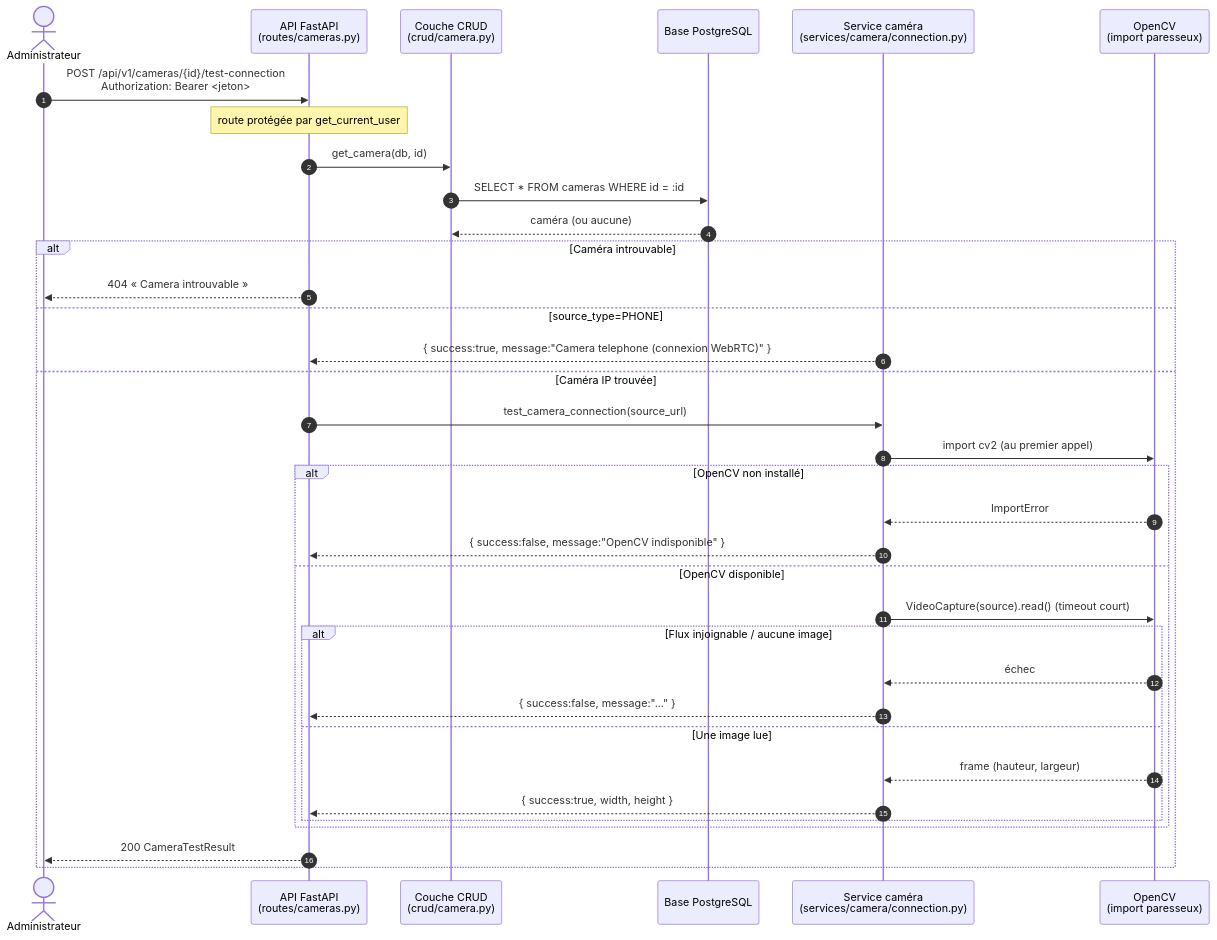
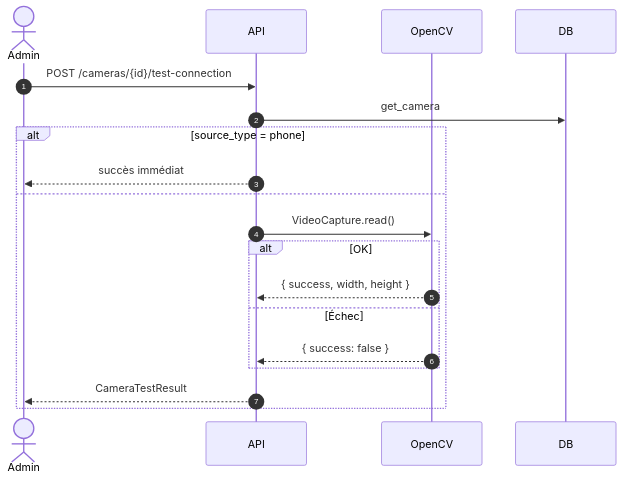
The seventh of 10 diagrams in docs/diagrams/diagrammes_sequence.md (Ammar-El-Maghevry/pi-s4), drawn with Mermaid before and after one commit. The commit also changed other lines of this file and 1 other file, not shown here.

Commit message:
Simplify sequence diagrams + add Arabic description

````diff
--- a/docs/diagrams/diagrammes_sequence.md
+++ b/docs/diagrams/diagrammes_sequence.md
@@ -340,39 +171,22 @@
 ```mermaid
 sequenceDiagram
     autonumber
-    actor Client as Administrateur
-    participant API as API FastAPI<br/>(routes/cameras.py)
-    participant CRUD as Couche CRUD<br/>(crud/camera.py)
-    participant DB as Base PostgreSQL
-    participant Svc as Service caméra<br/>(services/camera/connection.py)
-    participant CV as OpenCV<br/>(import paresseux)
+    actor Admin
+    participant API as API
+    participant Svc as OpenCV
+    participant DB as DB
 
-    Client->>API: POST /api/v1/cameras/{id}/test-connection<br/>Authorization: Bearer <jeton>
-    Note over API: route protégée par get_current_user
-
-    API->>CRUD: get_camera(db, id)
-    CRUD->>DB: SELECT * FROM cameras WHERE id = :id
-    DB-->>CRUD: caméra (ou aucune)
-    alt Caméra introuvable
-        API-->>Client: 404 « Camera introuvable »
-    else source_type=PHONE
-        Svc-->>API: { success:true, message:"Camera telephone (connexion WebRTC)" }
-    else Caméra IP trouvée
-        API->>Svc: test_camera_connection(source_url)
-        Svc->>CV: import cv2 (au premier appel)
-        alt OpenCV non installé
-            CV-->>Svc: ImportError
-            Svc-->>API: { success:false, message:"OpenCV indisponible" }
-        else OpenCV disponible
-            Svc->>CV: VideoCapture(source).read() (timeout court)
-            alt Flux injoignable / aucune image
-                CV-->>Svc: échec
-                Svc-->>API: { success:false, message:"..." }
-            else Une image lue
-                CV-->>Svc: frame (hauteur, largeur)
-                Svc-->>API: { success:true, width, height }
-            end
+    Admin->>API: POST /cameras/{id}/test-connection
+    API->>DB: get_camera
+    alt source_type = phone
+        API-->>Admin: succès immédiat
+    else
+        API->>Svc: VideoCapture.read()
+        alt OK
+            Svc-->>API: { success, width, height }
+        else Échec
+            Svc-->>API: { success: false }
         end
-        API-->>Client: 200 CameraTestResult
+        API-->>Admin: CameraTestResult
     end
 ```
````
